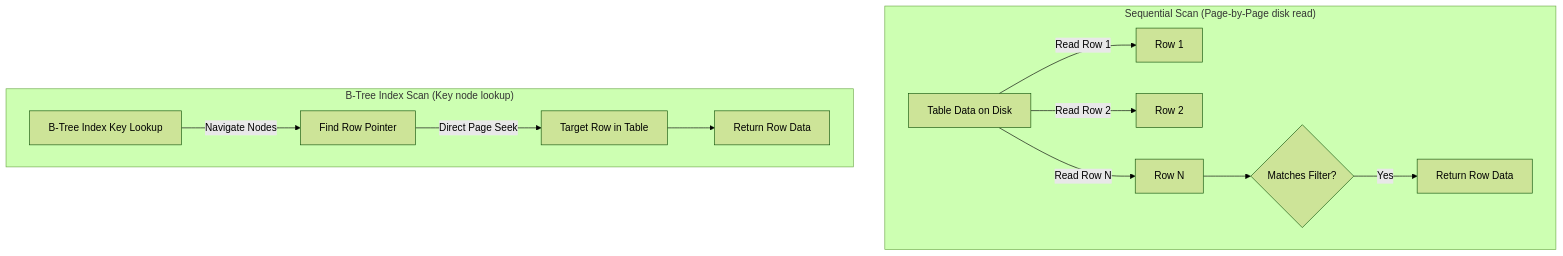
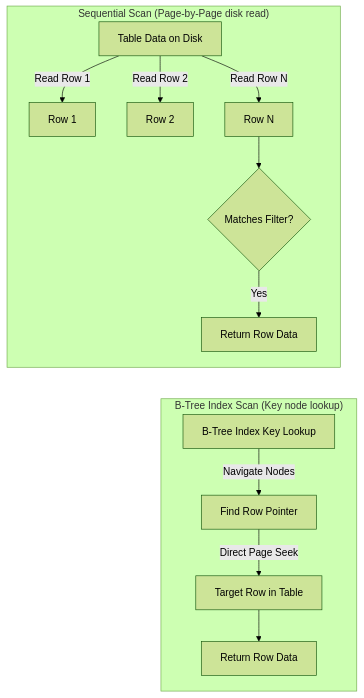
One commit to Kashyap-001/odoo19-docs changed the diagram in docs/advanced/postgresql_indexes.md. Above: the diagram before and after it, drawn with Mermaid (forest theme). The commit also changed 3 other files, not shown here.

Commit message:
style: stack wide parallel subgraphs vertically in database and environment diagrams

````diff
--- a/docs/advanced/postgresql_indexes.md
+++ b/docs/advanced/postgresql_indexes.md
@@ -151,16 +151,19 @@
 ```mermaid
 graph TD
     subgraph "Sequential Scan (Page-by-Page disk read)"
         TableDisk[Table Data on Disk] -->|Read Row 1| P1[Row 1]
         TableDisk -->|Read Row 2| P2[Row 2]
         TableDisk -->|Read Row N| PN[Row N]
         PN --> MatchS{Matches Filter?}
         MatchS -- Yes --> OutputS[Return Row Data]
     end
 
     subgraph "B-Tree Index Scan (Key node lookup)"
         BTree[B-Tree Index Key Lookup] -->|Navigate Nodes| Pointer[Find Row Pointer]
         Pointer -->|Direct Page Seek| DirectRow[Target Row in Table]
         DirectRow --> OutputI[Return Row Data]
     end
+
+    %% Force vertical stacking of subgraphs
+    OutputS ~~~ BTree
 ```
````
